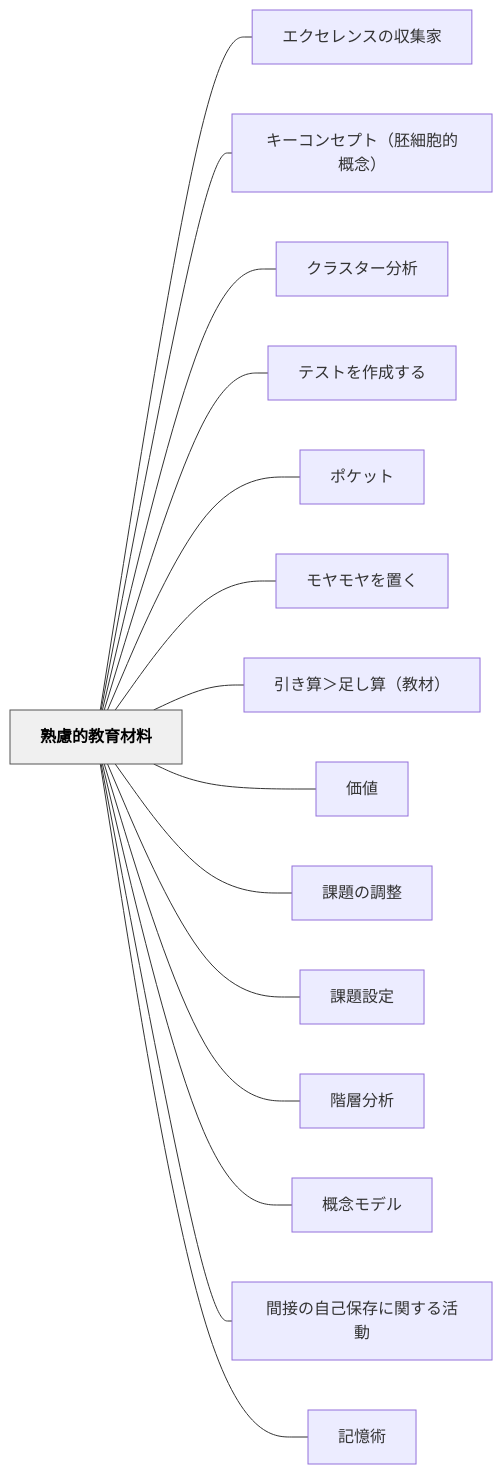
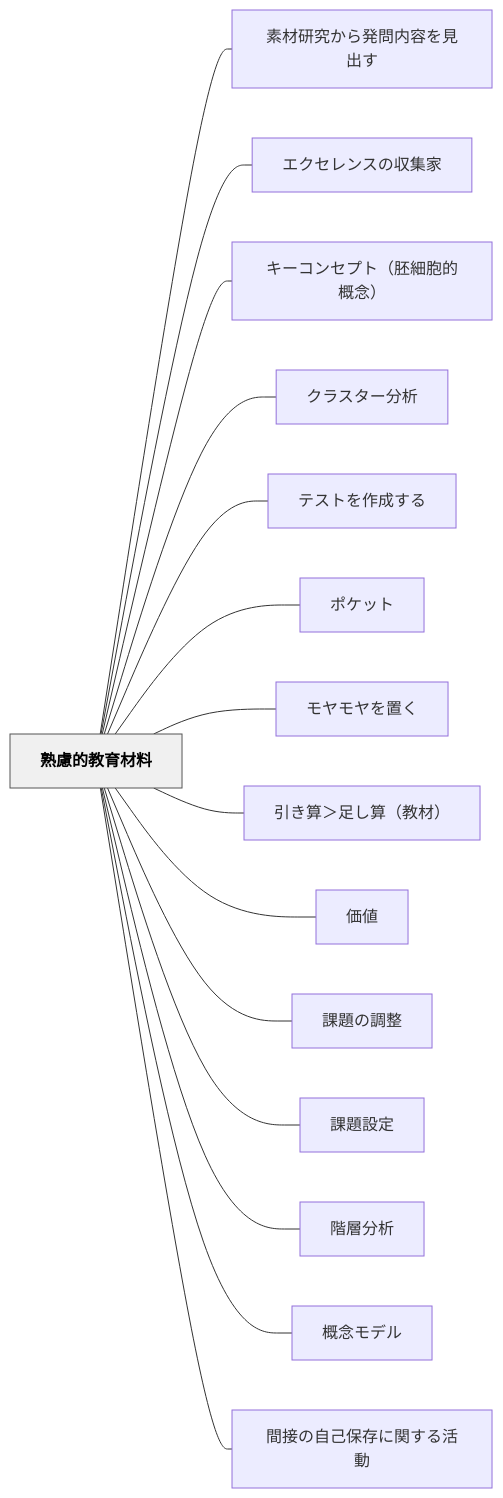
The diagram in content/パタン/熟慮的教育材料.md (unknownthings-ed-patterns/unknownthings-ed-patterns), drawn with Mermaid before and after one commit. The commit also changed other lines of this file and 28 other files, not shown here.

````diff
--- a/content/パタン/熟慮的教育材料.md
+++ b/content/パタン/熟慮的教育材料.md
@@ -91,36 +92,36 @@
 ```mermaid
 flowchart LR
     ne7869fe685aee79a84e69599e882b2e69d90e69699["熟慮的教育材料"]
+    ne7b4a0e69d90e7a094e7a9b6e3818be38289e799bae5958fe58685e5aeb9e38292e8a68be587bae38199["素材研究から発問内容を見出す"]
     ne382a8e382afe382bbe383ace383b3e382b9e381aee58f8ee99b86e5aeb6["エクセレンスの収集家"]
     ne382ade383bce382b3e383b3e382bbe38397e38388efbc88e8839ae7b4b0e8839ee79a84e6a682e5bfb5efbc89["キーコンセプト（胚細胞的概念）"]
     ne382afe383a9e382b9e382bfe383bce58886e69e90["クラスター分析"]
     ne38386e382b9e38388e38292e4bd9ce68890e38199e3828b["テストを作成する"]
     ne3839de382b1e38383e38388["ポケット"]
     ne383a2e383a4e383a2e383a4e38292e7bdaee3818f["モヤモヤを置く"]
     ne5bc95e3818de7ae97efbc9ee8b6b3e38197e7ae97efbc88e69599e69d90efbc89["引き算＞足し算（教材）"]
     ne4bea1e580a4["価値"]
     ne8aab2e9a18ce381aee8aabfe695b4["課題の調整"]
     ne8aab2e9a18ce8a8ade5ae9a["課題設定"]
     ne99a8ee5b1a4e58886e69e90["階層分析"]
     ne6a682e5bfb5e383a2e38387e383ab["概念モデル"]
     ne99693e68ea5e381aee887aae5b7b1e4bf9de5ad98e381abe996a2e38199e3828be6b4bbe58b95["間接の自己保存に関する活動"]
-    ne8a898e686b6e8a193["記憶術"]
 
+    ne7869fe685aee79a84e69599e882b2e69d90e69699 --- ne7b4a0e69d90e7a094e7a9b6e3818be38289e799bae5958fe58685e5aeb9e38292e8a68be587bae38199
     ne7869fe685aee79a84e69599e882b2e69d90e69699 --- ne382a8e382afe382bbe383ace383b3e382b9e381aee58f8ee99b86e5aeb6
     ne7869fe685aee79a84e69599e882b2e69d90e69699 --- ne382ade383bce382b3e383b3e382bbe38397e38388efbc88e8839ae7b4b0e8839ee79a84e6a682e5bfb5efbc89
     ne7869fe685aee79a84e69599e882b2e69d90e69699 --- ne382afe383a9e382b9e382bfe383bce58886e69e90
     ne7869fe685aee79a84e69599e882b2e69d90e69699 --- ne38386e382b9e38388e38292e4bd9ce68890e38199e3828b
     ne7869fe685aee79a84e69599e882b2e69d90e69699 --- ne3839de382b1e38383e38388
     ne7869fe685aee79a84e69599e882b2e69d90e69699 --- ne383a2e383a4e383a2e383a4e38292e7bdaee3818f
     ne7869fe685aee79a84e69599e882b2e69d90e69699 --- ne5bc95e3818de7ae97efbc9ee8b6b3e38197e7ae97efbc88e69599e69d90efbc89
     ne7869fe685aee79a84e69599e882b2e69d90e69699 --- ne4bea1e580a4
     ne7869fe685aee79a84e69599e882b2e69d90e69699 --- ne8aab2e9a18ce381aee8aabfe695b4
     ne7869fe685aee79a84e69599e882b2e69d90e69699 --- ne8aab2e9a18ce8a8ade5ae9a
     ne7869fe685aee79a84e69599e882b2e69d90e69699 --- ne99a8ee5b1a4e58886e69e90
     ne7869fe685aee79a84e69599e882b2e69d90e69699 --- ne6a682e5bfb5e383a2e38387e383ab
     ne7869fe685aee79a84e69599e882b2e69d90e69699 --- ne99693e68ea5e381aee887aae5b7b1e4bf9de5ad98e381abe996a2e38199e3828be6b4bbe58b95
-    ne7869fe685aee79a84e69599e882b2e69d90e69699 --- ne8a898e686b6e8a193
 
     classDef hub fill:#f0f0f0,stroke:#555,color:#000,font-weight:bold
     class ne7869fe685aee79a84e69599e882b2e69d90e69699 hub
 ```
````
